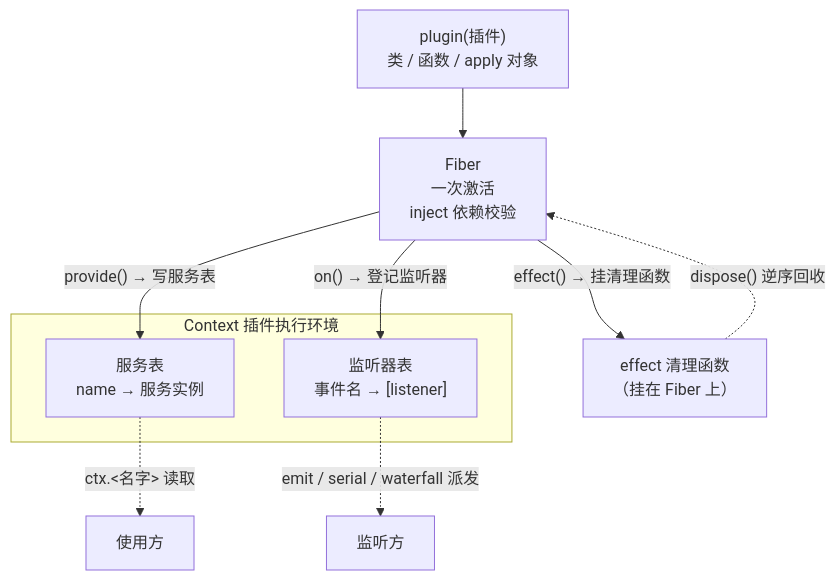
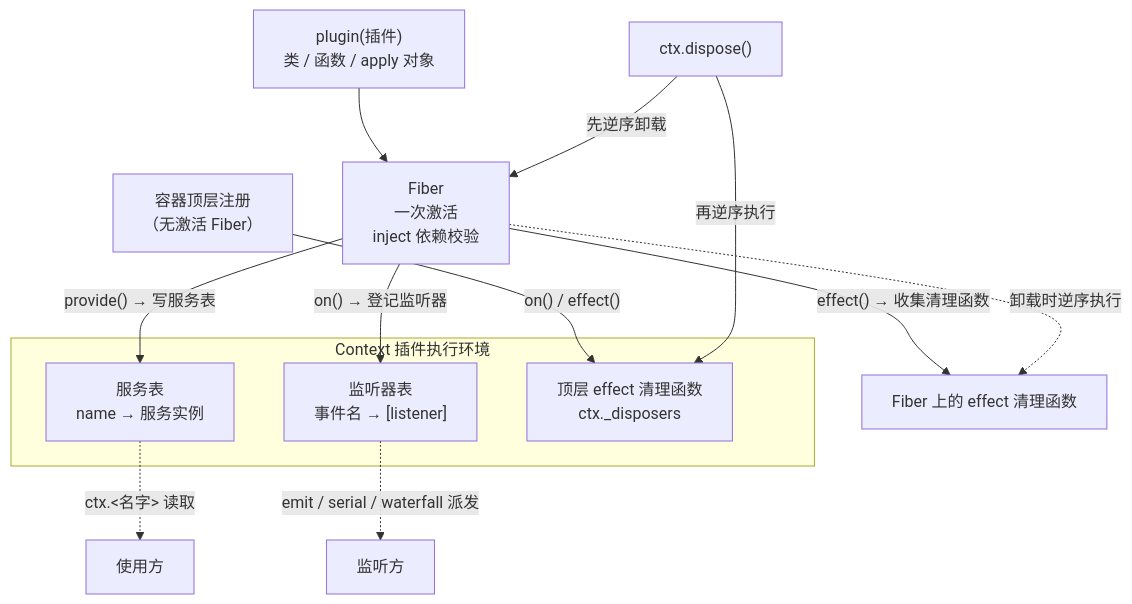
The diagram in ch01/ch01-cordis-kernel_zh.md (ChenYu1991ppak/deepseek-harness-anatomy), drawn with Mermaid before and after one commit. The commit also changed other lines of this file and 124 other files, not shown here.

````diff
--- a/ch01/ch01-cordis-kernel_zh.md
+++ b/ch01/ch01-cordis-kernel_zh.md
@@ -169,14 +157,18 @@
 ```mermaid
 flowchart TB
     subgraph CTX["Context 插件执行环境"]
         SV["服务表<br/>name → 服务实例"]
         EV["监听器表<br/>事件名 → [listener]"]
+        ROOT["顶层 effect 清理函数<br/>ctx._disposers"]
     end
     PLUGIN["plugin(插件)<br/>类 / 函数 / apply 对象"] --> FIBER["Fiber<br/>一次激活<br/>inject 依赖校验"]
     FIBER -- "provide() → 写服务表" --> SV
     FIBER -- "on() → 登记监听器" --> EV
-    FIBER -- "effect() → 挂清理函数" --> DISP["effect 清理函数<br/>（挂在 Fiber 上）"]
+    FIBER -- "effect() → 收集清理函数" --> DISP["Fiber 上的 effect 清理函数"]
+    TOP["容器顶层注册<br/>（无激活 Fiber）"] -- "on() / effect()" --> ROOT
     SV -. "ctx.<名字> 读取" .-> CALLER["使用方"]
     EV -. "emit / serial / waterfall 派发" .-> LISTENER["监听方"]
-    DISP -. "dispose() 逆序回收" .-> FIBER
+    DISPOSE["ctx.dispose()"] -- "先逆序卸载" --> FIBER
+    DISPOSE -- "再逆序执行" --> ROOT
+    FIBER -. "卸载时逆序执行" .-> DISP
 ```
````
